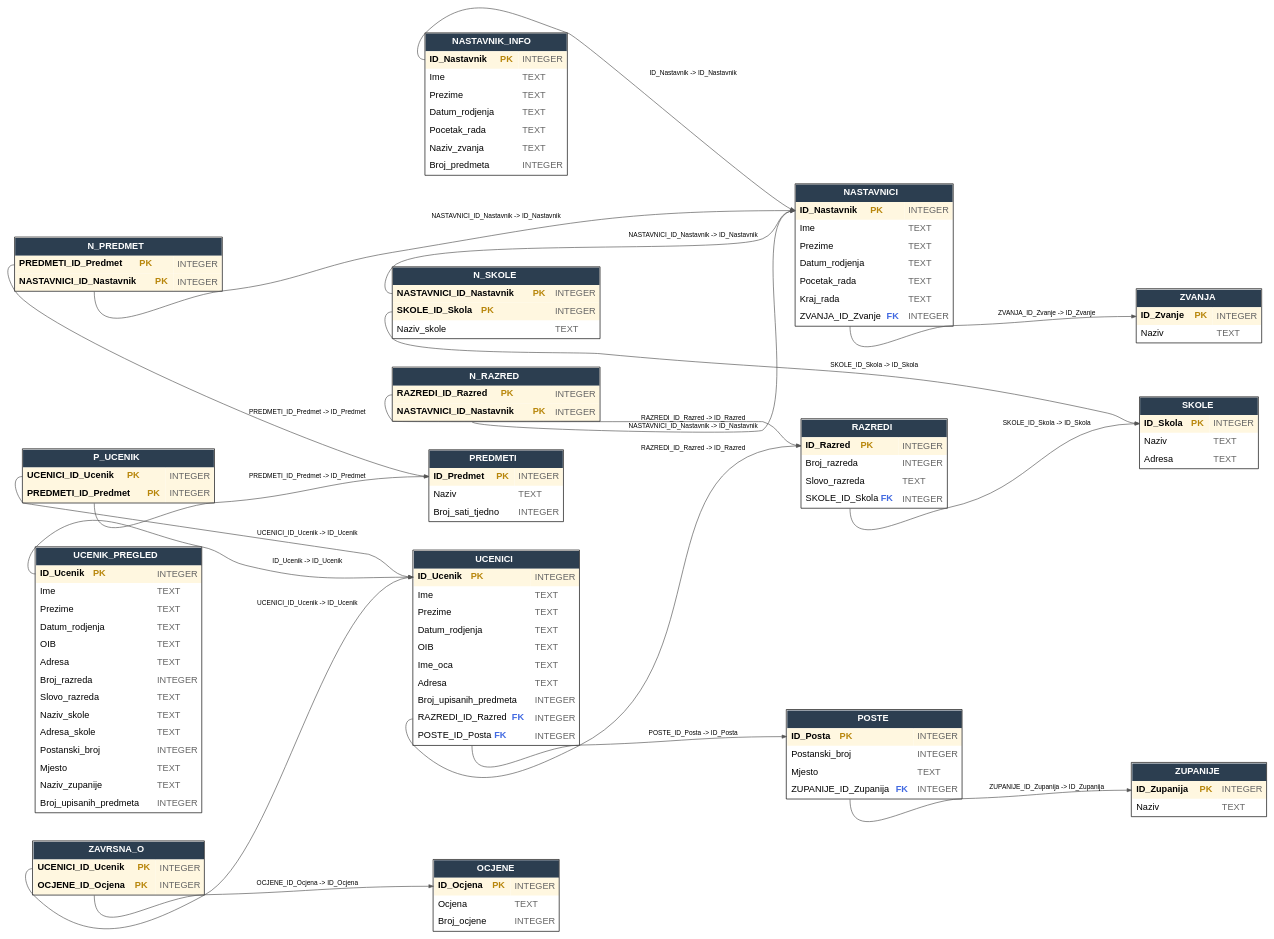
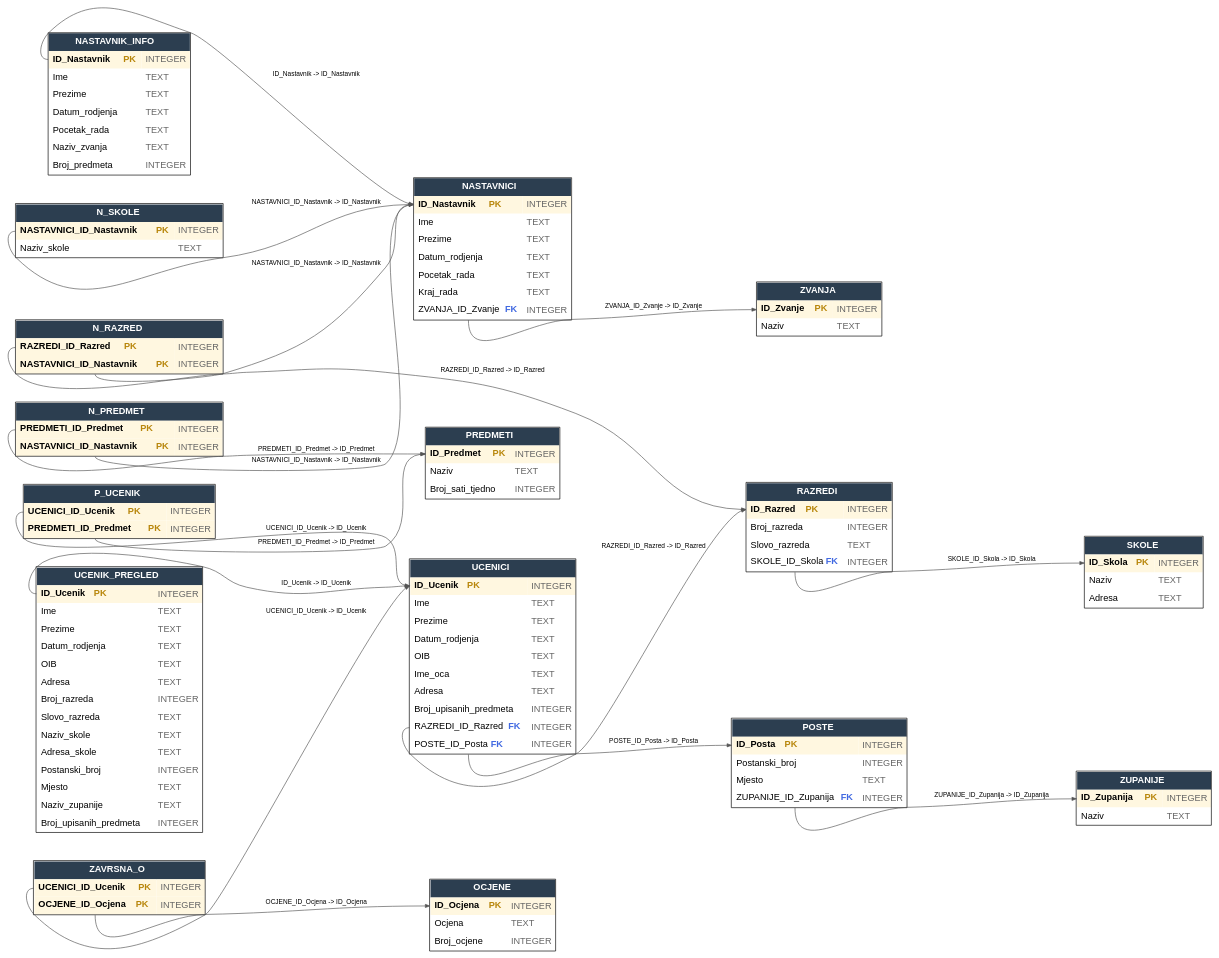
The diagram in databases/shema_visualisation/03_schema_denormalized_shema.dot (elakevic88/zavrsni-baza-skola), drawn with Graphviz before and after one commit. The commit also changed 7 other files, not shown here.

```diff
--- a/databases/shema_visualisation/03_schema_denormalized_shema.dot
+++ b/databases/shema_visualisation/03_schema_denormalized_shema.dot
@@ -42,7 +42,6 @@
         <table border="1" cellborder="0" cellspacing="0" cellpadding="6" bgcolor="white">
         <tr><td colspan="2" bgcolor="#2c3e50"><font color="white"><b>N_SKOLE</b></font></td></tr>
         <tr><td align="left" port="NASTAVNICI_ID_Nastavnik" bgcolor="#fff7e0"><b>NASTAVNICI_ID_Nastavnik</b> <font color="#b8860b"><b>PK</b></font></td><td align="left" bgcolor="#fff7e0"><font color="#666666">INTEGER</font></td></tr>
-<tr><td align="left" port="SKOLE_ID_Skola" bgcolor="#fff7e0"><b>SKOLE_ID_Skola</b> <font color="#b8860b"><b>PK</b></font></td><td align="left" bgcolor="#fff7e0"><font color="#666666">INTEGER</font></td></tr>
 <tr><td align="left" port="Naziv_skole">Naziv_skole</td><td align="left"><font color="#666666">TEXT</font></td></tr></table>>];
 
 "OCJENE" [label=<
@@ -144,7 +143,6 @@
 "N_PREDMET":"PREDMETI_ID_Predmet" -> "PREDMETI":"ID_Predmet" [label="PREDMETI_ID_Predmet -> ID_Predmet"];
 "N_RAZRED":"NASTAVNICI_ID_Nastavnik" -> "NASTAVNICI":"ID_Nastavnik" [label="NASTAVNICI_ID_Nastavnik -> ID_Nastavnik"];
 "N_RAZRED":"RAZREDI_ID_Razred" -> "RAZREDI":"ID_Razred" [label="RAZREDI_ID_Razred -> ID_Razred"];
-"N_SKOLE":"SKOLE_ID_Skola" -> "SKOLE":"ID_Skola" [label="SKOLE_ID_Skola -> ID_Skola"];
 "N_SKOLE":"NASTAVNICI_ID_Nastavnik" -> "NASTAVNICI":"ID_Nastavnik" [label="NASTAVNICI_ID_Nastavnik -> ID_Nastavnik"];
 "POSTE":"ZUPANIJE_ID_Zupanija" -> "ZUPANIJE":"ID_Zupanija" [label="ZUPANIJE_ID_Zupanija -> ID_Zupanija"];
 "P_UCENIK":"PREDMETI_ID_Predmet" -> "PREDMETI":"ID_Predmet" [label="PREDMETI_ID_Predmet -> ID_Predmet"];
```
